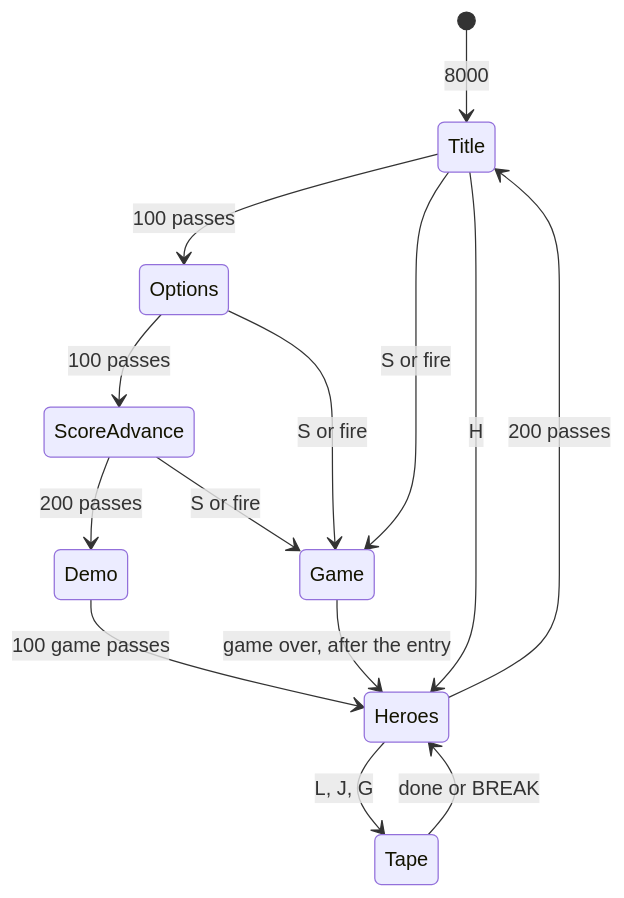
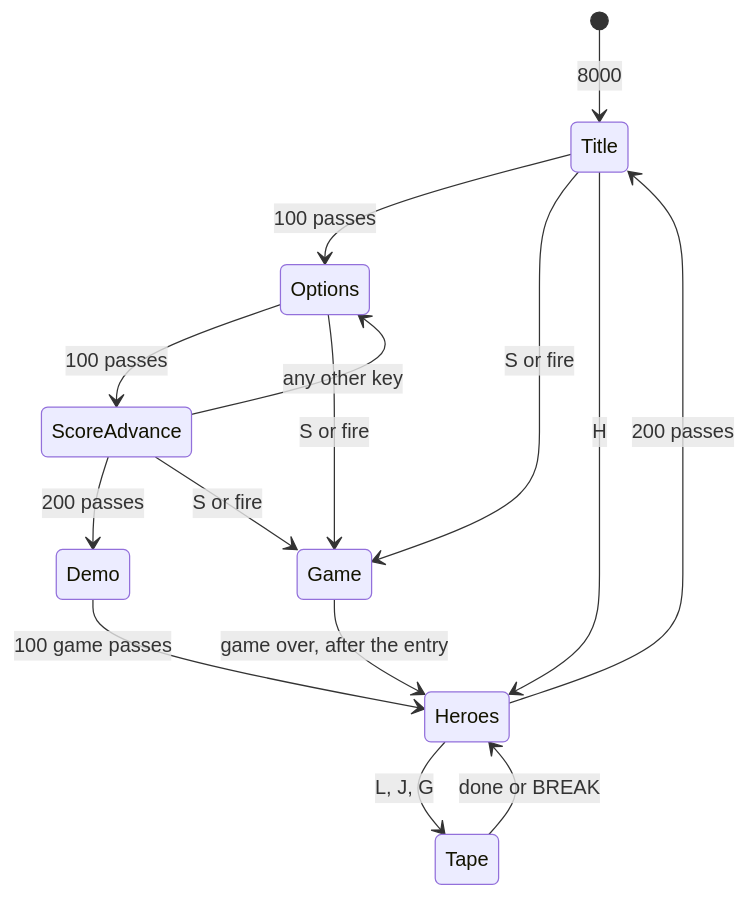
The sixth of 7 diagrams in games/moon-patrol/docs/08-hud-and-text.md (alfishe/unrealng-reverse-cases), drawn with Mermaid before and after one commit. The commit also changed other lines of this file and 25 other files, not shown here.

Commit message:
Moon Patrol review round 1 (58 findings: 52 accepted, 5 in part, 1 rejected) worked: the pass 7.05 frames defined once, the tune's 16 periods with HL = word, the hi-score slot search, the wheels' step, the stack bottom $C2FC; hi-score entry asm and example, the three images figure

````diff
--- a/games/moon-patrol/docs/08-hud-and-text.md
+++ b/games/moon-patrol/docs/08-hud-and-text.md
@@ -443,16 +444,17 @@
 ```mermaid
 stateDiagram-v2
     [*] --> Title: 8000
     Title --> Options: 100 passes
     Options --> ScoreAdvance: 100 passes
     ScoreAdvance --> Demo: 200 passes
     Demo --> Heroes: 100 game passes
     Heroes --> Title: 200 passes
     Title --> Game: S or fire
     Options --> Game: S or fire
     ScoreAdvance --> Game: S or fire
+    ScoreAdvance --> Options: any other key
     Heroes --> Tape: L, J, G
     Tape --> Heroes: done or BREAK
     Title --> Heroes: H
     Game --> Heroes: game over, after the entry
 ```
````
